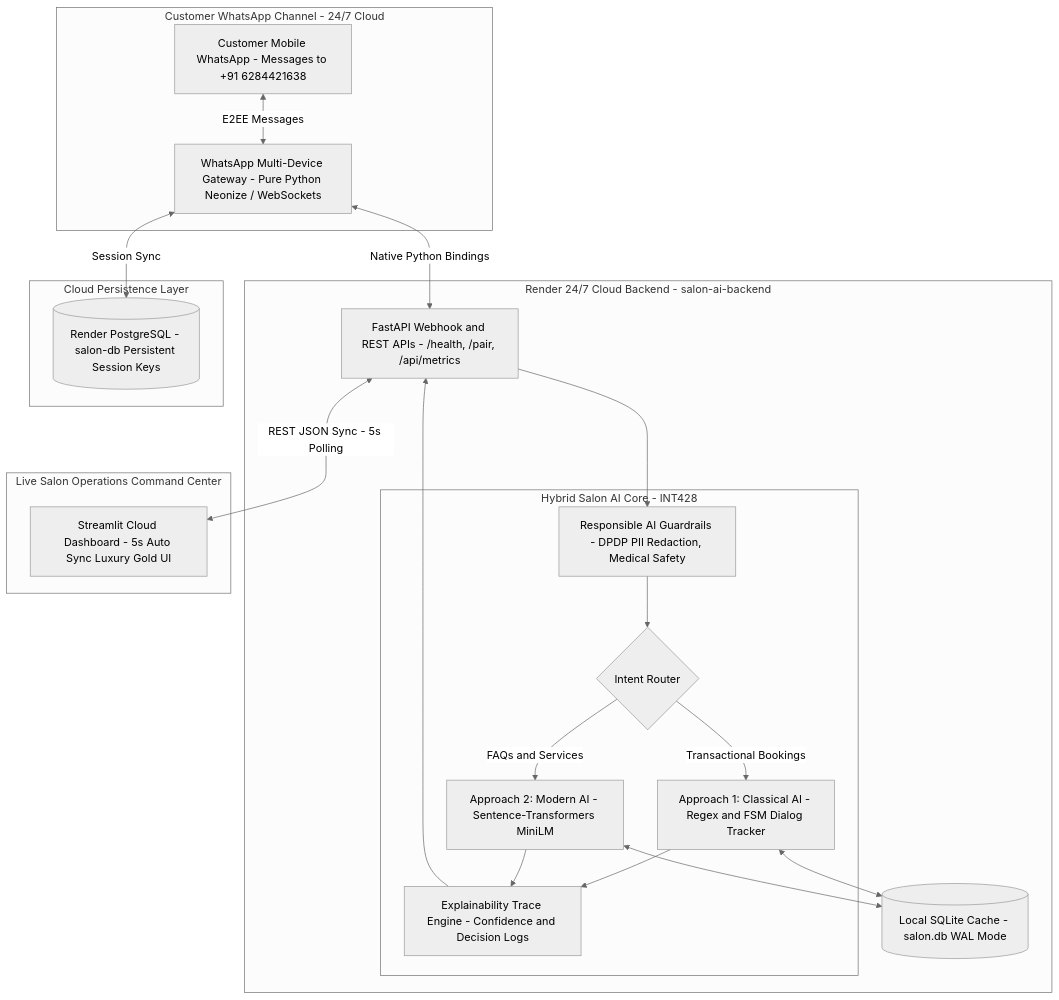
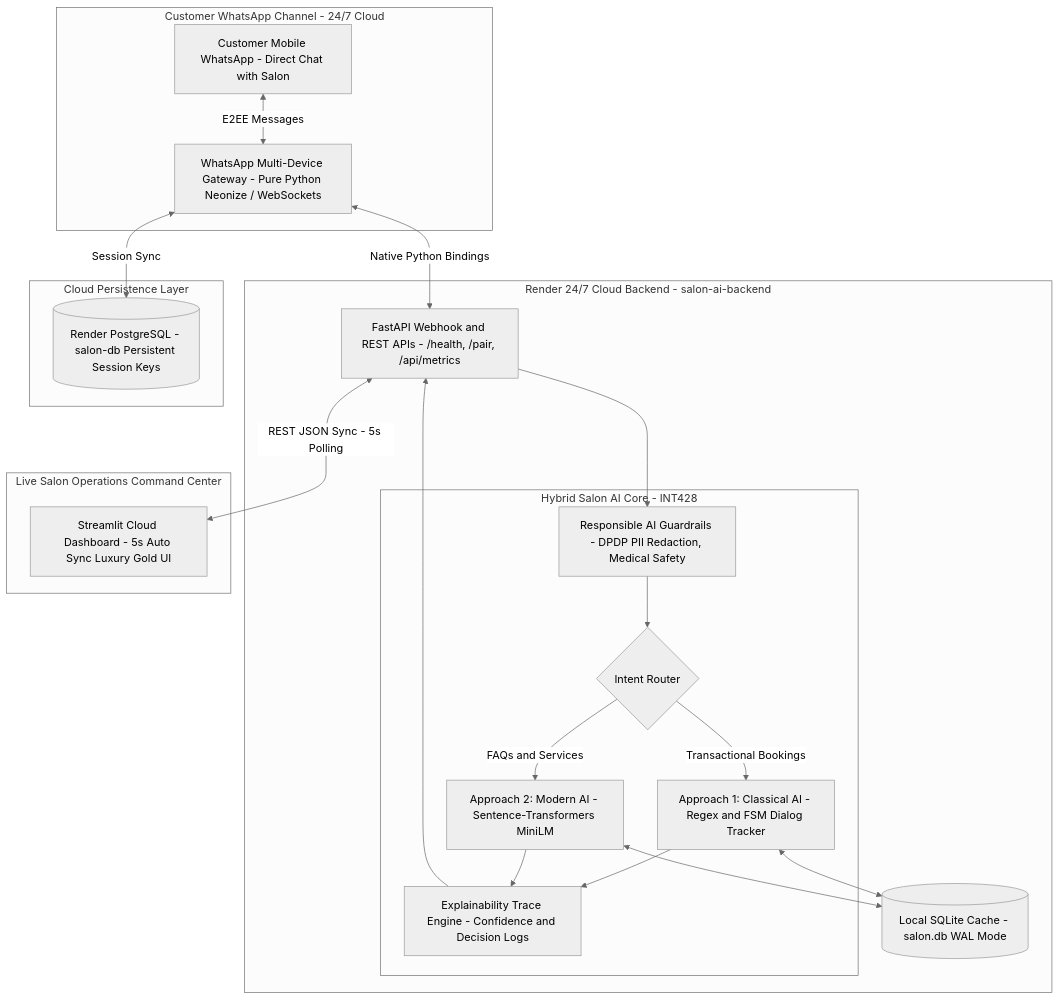
One commit to 0x-ryo/Salon-AI changed the diagram in README.md. Above: the diagram before and after it, drawn with Mermaid (neutral theme). The commit also changed other lines of this file and 5 other files, not shown here.

````diff
--- a/README.md
+++ b/README.md
@@ -46,43 +46,43 @@
 ```mermaid
 flowchart TD
     subgraph WhatsApp_Channel ["Customer WhatsApp Channel - 24/7 Cloud"]
-        CLIENT["Customer Mobile WhatsApp - Messages to +91 6284421638"]
+        CLIENT["Customer Mobile WhatsApp - Direct Chat with Salon"]
         WSS["WhatsApp Multi-Device Gateway - Pure Python Neonize / WebSockets"]
     end
 
     subgraph Cloud_Backend ["Render 24/7 Cloud Backend - salon-ai-backend"]
         FASTAPI["FastAPI Webhook and REST APIs - /health, /pair, /api/metrics"]
         
         subgraph AI_Core ["Hybrid Salon AI Core - INT428"]
             GUARD["Responsible AI Guardrails - DPDP PII Redaction, Medical Safety"]
             ROUTER{"Intent Router"}
             APP1["Approach 1: Classical AI - Regex and FSM Dialog Tracker"]
             APP2["Approach 2: Modern AI - Sentence-Transformers MiniLM"]
             XAI["Explainability Trace Engine - Confidence and Decision Logs"]
         end
         
         SQLITE[("Local SQLite Cache - salon.db WAL Mode")]
     end
 
     subgraph Cloud_Storage ["Cloud Persistence Layer"]
         PG[("Render PostgreSQL - salon-db Persistent Session Keys")]
     end
 
     subgraph Operations_Portal ["Live Salon Operations Command Center"]
         DASH["Streamlit Cloud Dashboard - 5s Auto Sync Luxury Gold UI"]
     end
 
     CLIENT <-->|E2EE Messages| WSS
     WSS <-->|Native Python Bindings| FASTAPI
     FASTAPI --> GUARD
     GUARD --> ROUTER
     ROUTER -->|Transactional Bookings| APP1
     ROUTER -->|FAQs and Services| APP2
     APP1 <--> SQLITE
     APP2 <--> SQLITE
     APP1 --> XAI
     APP2 --> XAI
     XAI --> FASTAPI
     WSS <-->|Session Sync| PG
     FASTAPI <-->|REST JSON Sync - 5s Polling| DASH
 ```
````
